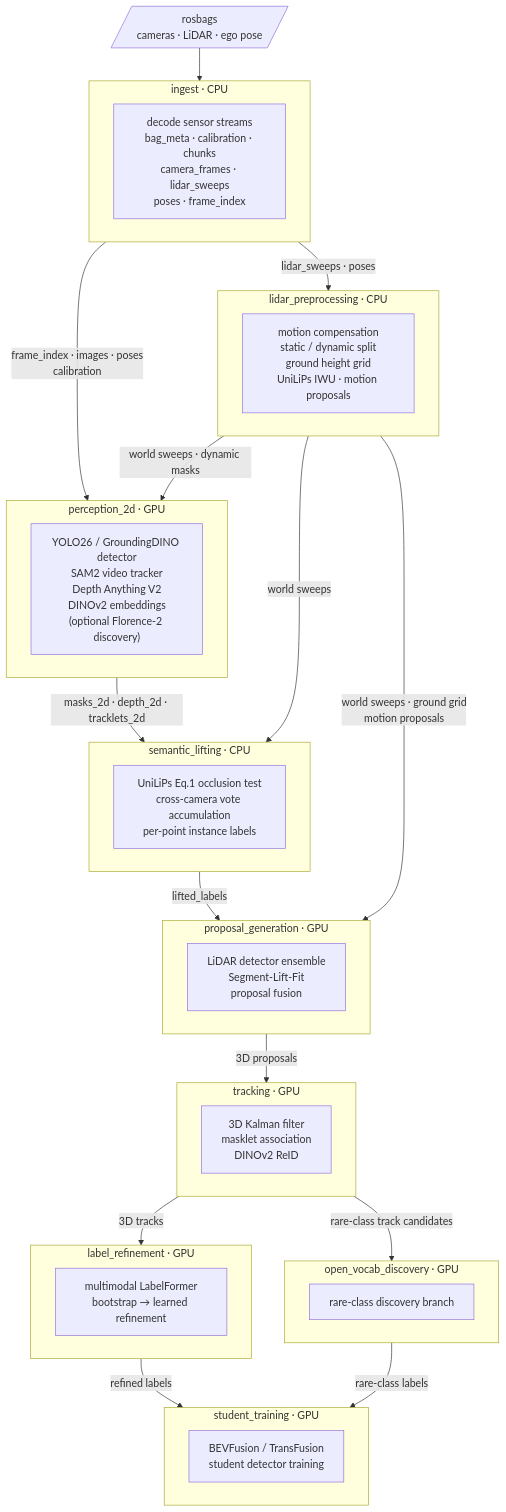
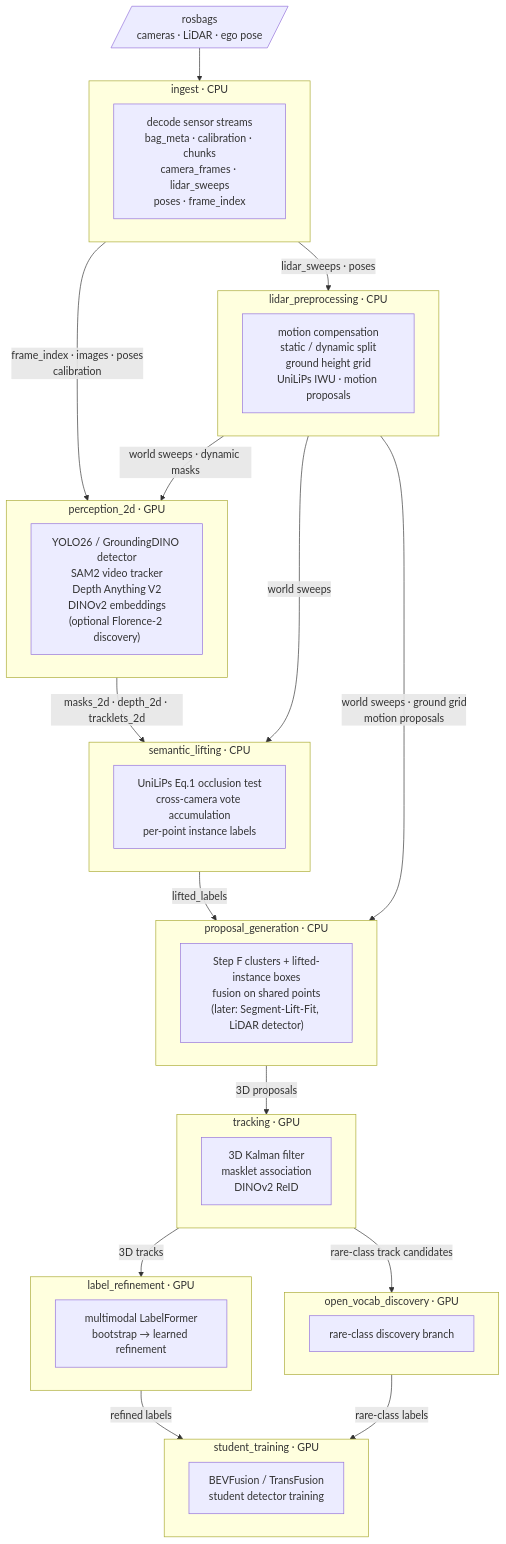
One commit to WATonomous/wato_world changed the diagram in README.md. Above: the diagram before and after it, drawn with Mermaid. The commit also changed other lines of this file and 50 other files, not shown here.

Commit message:
inital proposal fit and viz

````diff
--- a/README.md
+++ b/README.md
@@ -10,54 +10,54 @@
 ```mermaid
 flowchart TD
     BAG[/"rosbags\ncameras · LiDAR · ego pose"/]
 
     subgraph ingest["ingest  ·  CPU"]
         I["decode sensor streams\nbag_meta · calibration · chunks\ncamera_frames · lidar_sweeps\nposes · frame_index"]
     end
 
     subgraph lidar_prep["lidar_preprocessing  ·  CPU"]
         LP["motion compensation\nstatic / dynamic split\nground height grid\nUniLiPs IWU · motion proposals"]
     end
 
     subgraph perception_2d["perception_2d  ·  GPU"]
         P2["YOLO26 / GroundingDINO detector\nSAM2 video tracker\nDepth Anything V2\nDINOv2 embeddings\n(optional Florence-2 discovery)"]
     end
 
     subgraph semantic_lifting["semantic_lifting  ·  CPU"]
         SL["UniLiPs Eq.1 occlusion test\ncross-camera vote accumulation\nper-point instance labels"]
     end
 
-    subgraph proposal_gen["proposal_generation  ·  GPU"]
-        PG["LiDAR detector ensemble\nSegment-Lift-Fit\nproposal fusion"]
+    subgraph proposal_gen["proposal_generation  ·  CPU"]
+        PG["Step F clusters + lifted-instance boxes\nfusion on shared points\n(later: Segment-Lift-Fit, LiDAR detector)"]
     end
 
     subgraph tracking["tracking  ·  GPU"]
         TR["3D Kalman filter\nmasklet association\nDINOv2 ReID"]
     end
 
     subgraph label_ref["label_refinement  ·  GPU"]
         LR["multimodal LabelFormer\nbootstrap → learned refinement"]
     end
 
     subgraph ovd["open_vocab_discovery  ·  GPU"]
         OV["rare-class discovery branch"]
     end
 
     subgraph student["student_training  ·  GPU"]
         ST["BEVFusion / TransFusion\nstudent detector training"]
     end
 
     BAG --> ingest
     ingest -- "frame_index · images · poses\ncalibration" --> perception_2d
     ingest -- "lidar_sweeps · poses" --> lidar_prep
     lidar_prep -- "world sweeps · dynamic masks" --> perception_2d
     lidar_prep -- "world sweeps" --> semantic_lifting
     perception_2d -- "masks_2d · depth_2d · tracklets_2d" --> semantic_lifting
     semantic_lifting -- "lifted_labels" --> proposal_gen
     lidar_prep -- "world sweeps · ground grid\nmotion proposals" --> proposal_gen
     proposal_gen -- "3D proposals" --> tracking
     tracking -- "3D tracks" --> label_ref
     tracking -- "rare-class track candidates" --> ovd
     label_ref -- "refined labels" --> student
     ovd -- "rare-class labels" --> student
 ```
````
